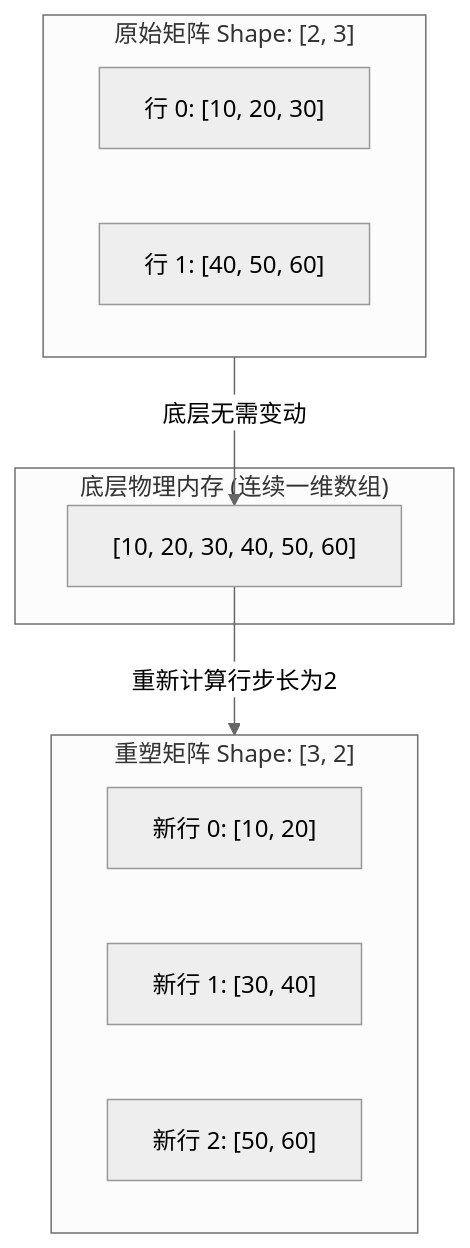
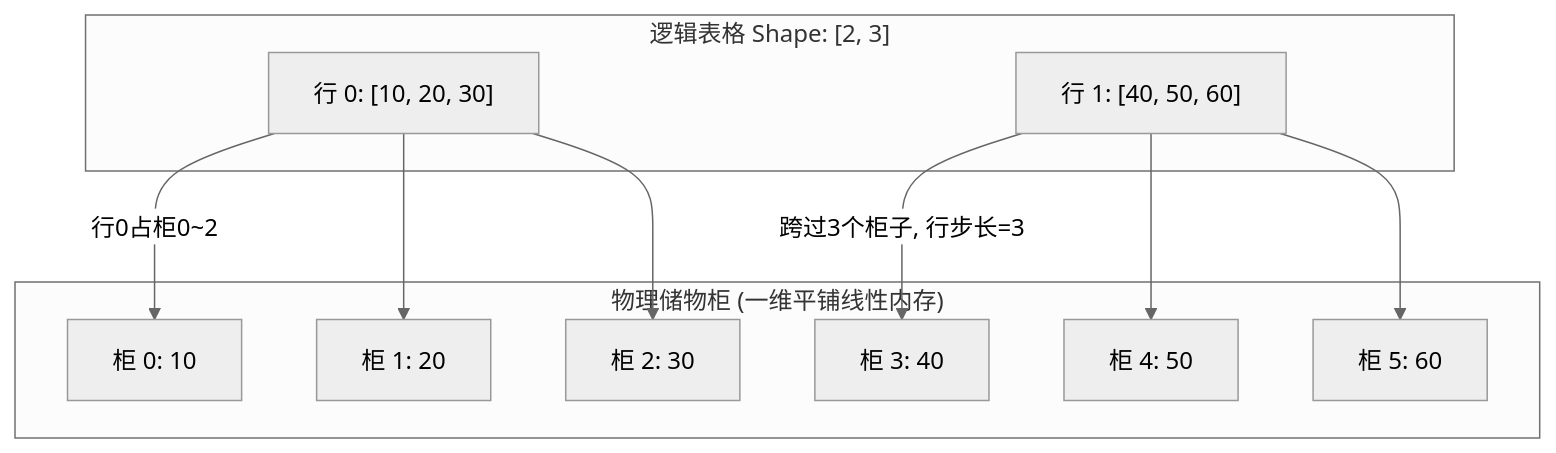
One commit to hqu-little-boy/blog changed the first of 4 diagrams in src/content/posts/dl-operators-01-tensor-and-memory-guide.md. Above: the diagram before and after it, drawn with Mermaid (neutral theme). The commit also changed other lines of this file and 11 other files, not shown here.

````diff
--- a/src/content/posts/dl-operators-01-tensor-and-memory-guide.md
+++ b/src/content/posts/dl-operators-01-tensor-and-memory-guide.md
@@ -182,17 +60,21 @@
 ```mermaid
 graph TD
-    subgraph Original["原始矩阵 Shape: [2, 3]"]
+    subgraph Logical["逻辑表格 Shape: [2, 3]"]
         R0["行 0: [10, 20, 30]"]
         R1["行 1: [40, 50, 60]"]
     end
-    subgraph Memory["底层物理内存 (连续一维数组)"]
-        MEM["[10, 20, 30, 40, 50, 60]"]
+    subgraph Physical["物理储物柜 (一维平铺线性内存)"]
+        M0["柜 0: 10"]
+        M1["柜 1: 20"]
+        M2["柜 2: 30"]
+        M3["柜 3: 40"]
+        M4["柜 4: 50"]
+        M5["柜 5: 60"]
     end
-    subgraph Reshaped["重塑矩阵 Shape: [3, 2]"]
-        N0["新行 0: [10, 20]"]
-        N1["新行 1: [30, 40]"]
-        N2["新行 2: [50, 60]"]
-    end
-    Original -->|底层无需变动| MEM
-    MEM -->|重新计算行步长为2| Reshaped
+    R0 -->|行0占柜0~2| M0
+    R0 --> M1
+    R0 --> M2
+    R1 -->|跨过3个柜子, 行步长=3| M3
+    R1 --> M4
+    R1 --> M5
 ```
````
